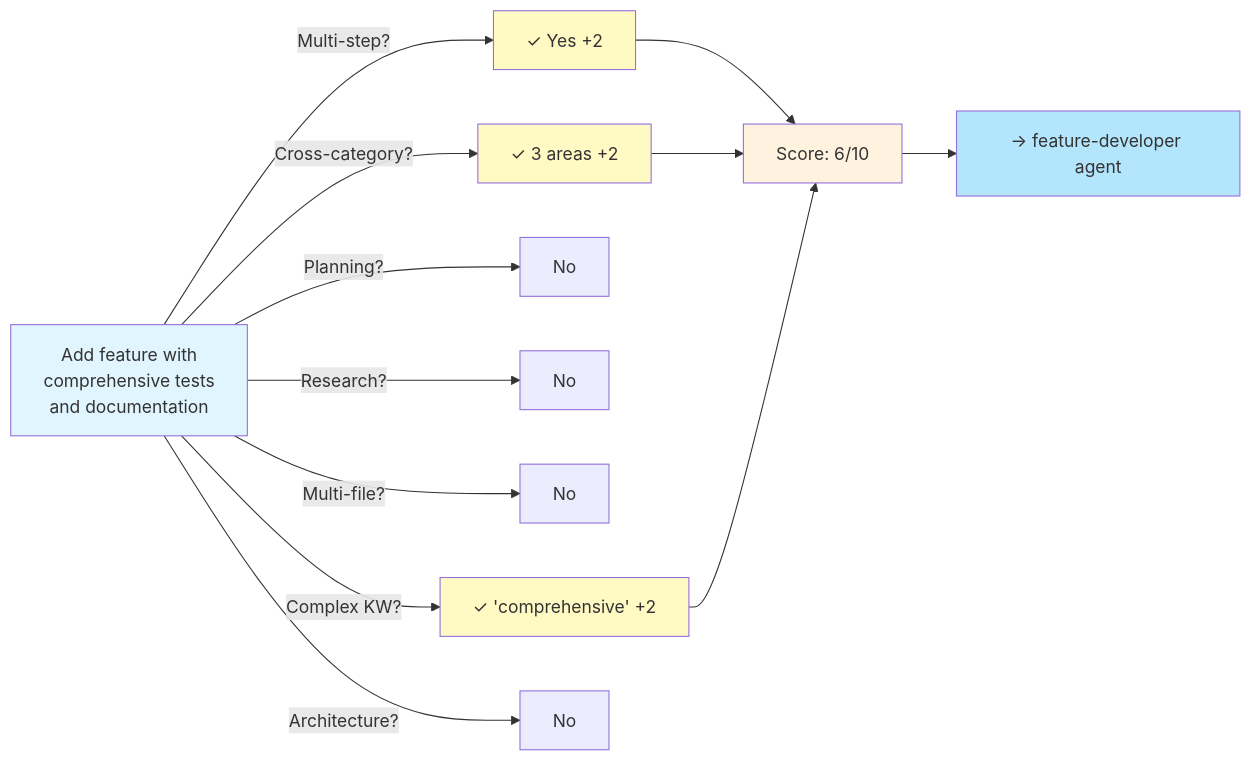
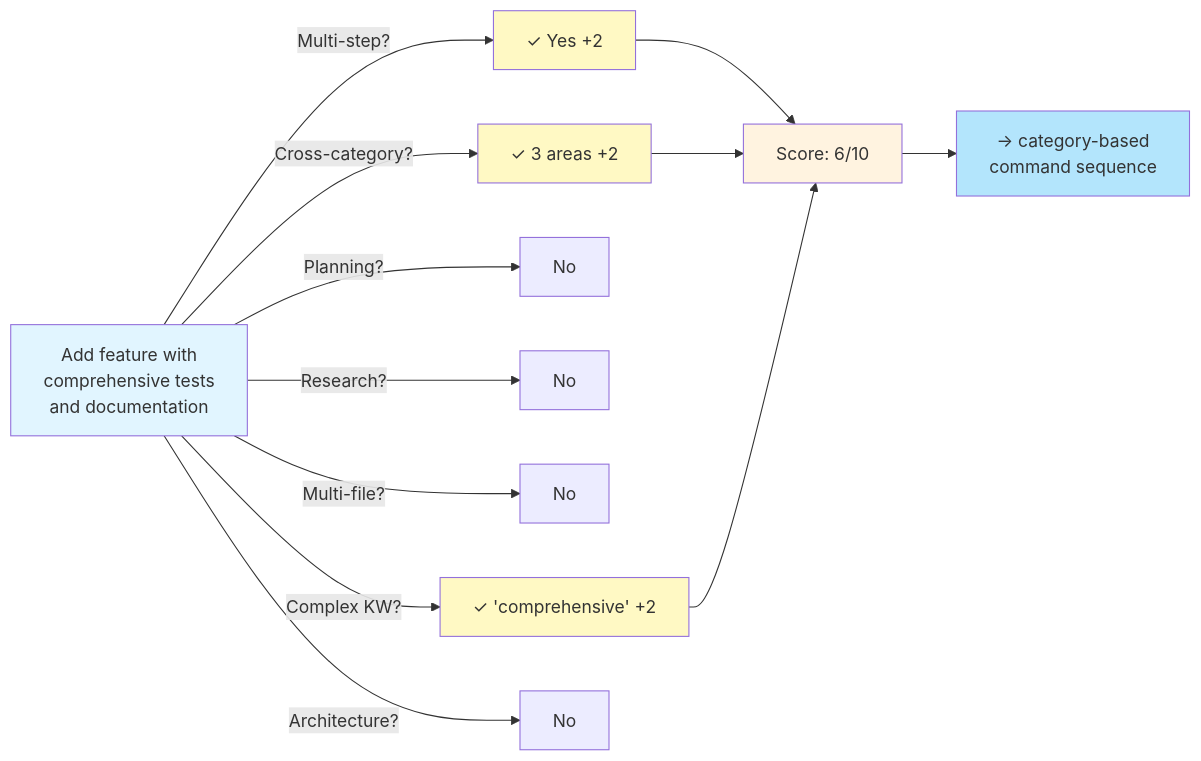
Before and after one commit to Data-Wise/craft: the third of 8 diagrams in docs/guide/claude-code-2.1-integration.md, drawn with Mermaid. The commit also changed other lines of this file and 51 other files, not shown here.

````diff
--- a/docs/guide/claude-code-2.1-integration.md
+++ b/docs/guide/claude-code-2.1-integration.md
@@ -133,24 +133,24 @@
 ```mermaid
 graph LR
     A["Add feature with<br/>comprehensive tests<br/>and documentation"]
     A -->|Multi-step?| B["✓ Yes +2"]
     A -->|Cross-category?| C["✓ 3 areas +2"]
     A -->|Planning?| D["No"]
     A -->|Research?| E["No"]
     A -->|Multi-file?| F["No"]
     A -->|Complex KW?| G["✓ 'comprehensive' +2"]
     A -->|Architecture?| H["No"]
 
     B --> I["Score: 6/10"]
     C --> I
     G --> I
 
-    I --> J["→ feature-developer agent"]
+    I --> J["→ category-based<br/>command sequence"]
 
     style A fill:#e1f5ff
     style B fill:#fff9c4
     style C fill:#fff9c4
     style G fill:#fff9c4
     style I fill:#fff3e0
     style J fill:#b3e5fc
 ```
````
